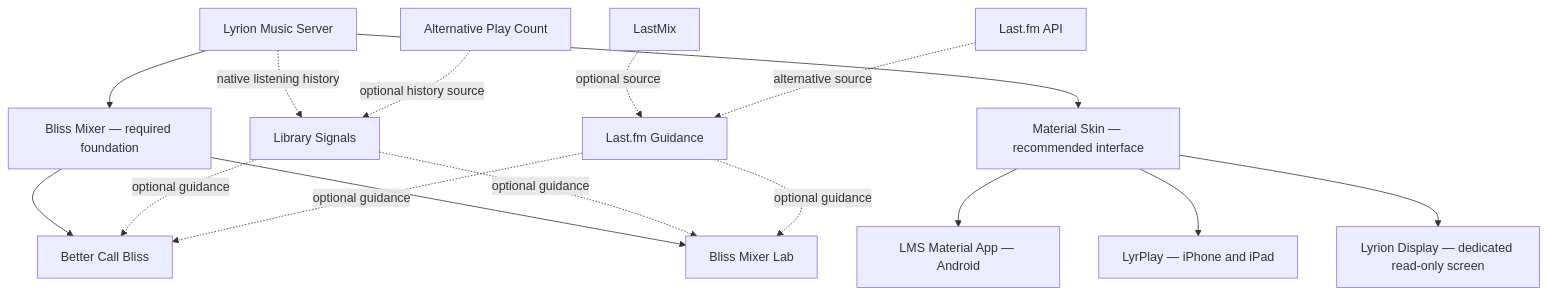
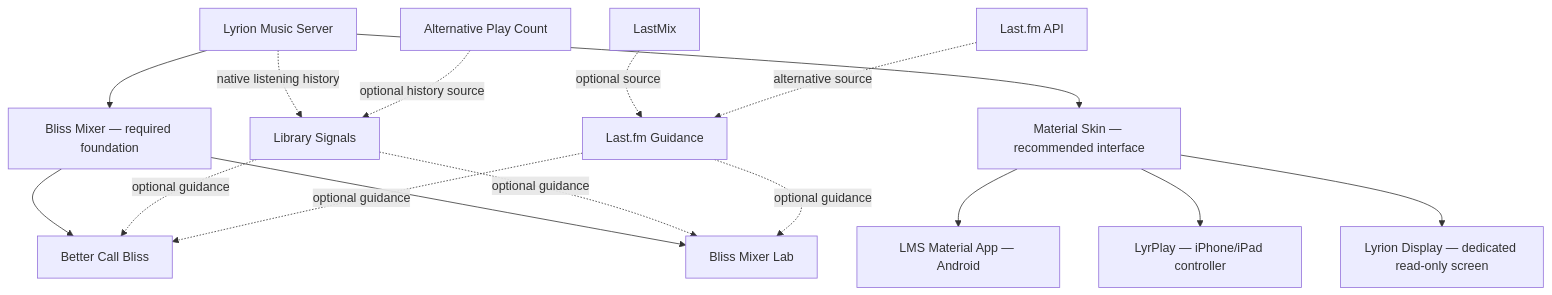
The second of 3 diagrams in docs/WIKI_CONCEPT.md (chrober/lms-plugins), drawn with Mermaid before and after one commit. The commit also changed other lines of this file, not shown here.

Commit message:
docs: position LyrPlay primarily as an Apple controller

````diff
--- a/docs/WIKI_CONCEPT.md
+++ b/docs/WIKI_CONCEPT.md
@@ -153,18 +153,18 @@
 ```mermaid
 flowchart TB
     LMS["Lyrion Music Server"] --> Bliss["Bliss Mixer — required foundation"]
     LMS --> Skin["Material Skin — recommended interface"]
     Bliss --> BCB["Better Call Bliss"]
     Bliss --> Lab["Bliss Mixer Lab"]
     LMS -. native listening history .-> LS["Library Signals"]
     APC["Alternative Play Count"] -. optional history source .-> LS
     LM["LastMix"] -. optional source .-> LF["Last.fm Guidance"]
     API["Last.fm API"] -. alternative source .-> LF
     LS -. optional guidance .-> BCB
     LS -. optional guidance .-> Lab
     LF -. optional guidance .-> BCB
     LF -. optional guidance .-> Lab
     Skin --> Android["LMS Material App — Android"]
-    Skin --> Apple["LyrPlay — iPhone and iPad"]
+    Skin --> Apple["LyrPlay — iPhone/iPad controller"]
     Skin --> Display["Lyrion Display — dedicated read-only screen"]
 ```
````
